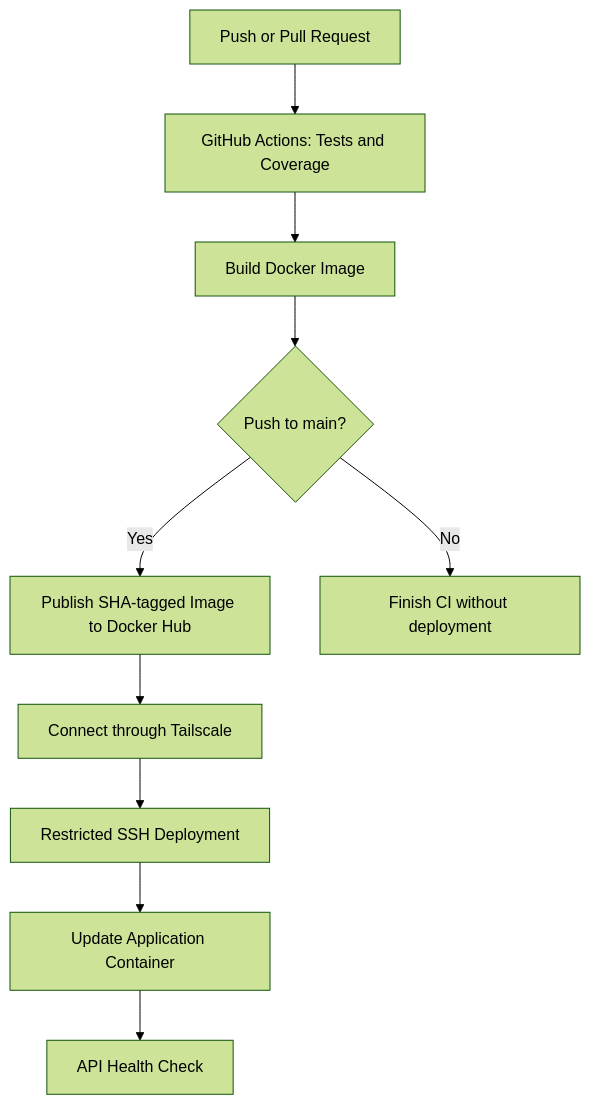
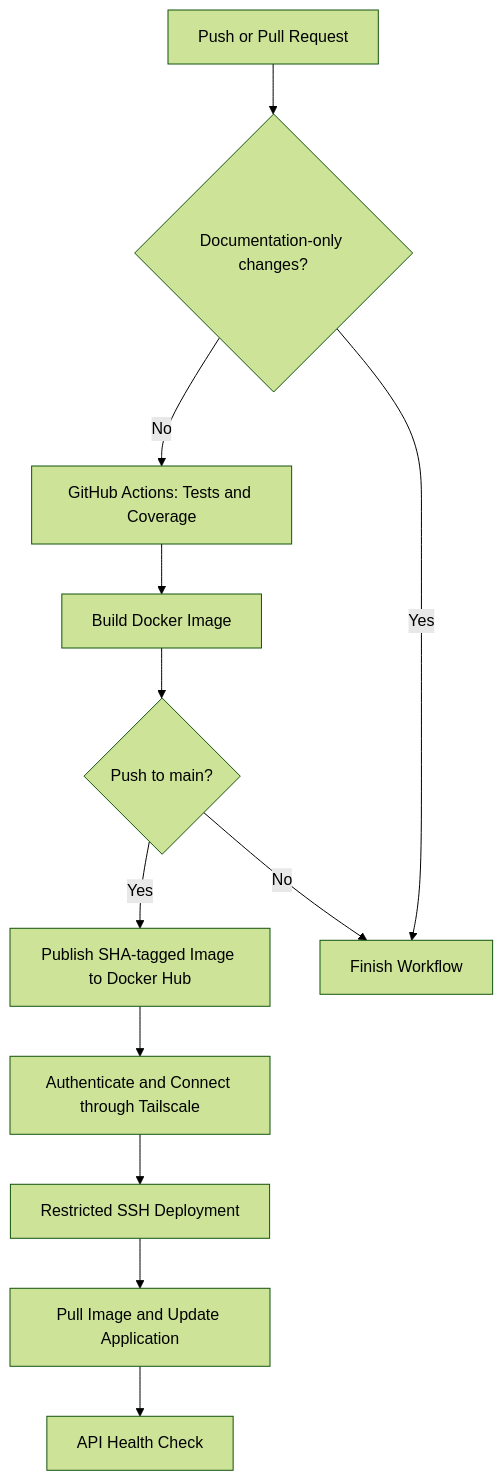
One commit to SufiyanKhanCloud/homelab-devops-labs changed the second of 2 diagrams in README.md. Above: the diagram before and after it, drawn with Mermaid (forest theme). The commit also changed other lines of this file, not shown here.

````diff
--- a/README.md
+++ b/README.md
@@ -52,22 +53,26 @@
 ```mermaid
 flowchart TD
     Event["Push or Pull Request"]
+    Filter{"Documentation-only changes?"}
     Tests["GitHub Actions: Tests and Coverage"]
     Build["Build Docker Image"]
     Decision{"Push to main?"}
     Publish["Publish SHA-tagged Image to Docker Hub"]
-    Tailscale["Connect through Tailscale"]
+    Tailscale["Authenticate and Connect through Tailscale"]
     SSH["Restricted SSH Deployment"]
-    Deploy["Update Application Container"]
+    Deploy["Pull Image and Update Application"]
     Health["API Health Check"]
+    End["Finish Workflow"]
 
-    Event --> Tests
+    Event --> Filter
+    Filter -->|Yes| End
+    Filter -->|No| Tests
     Tests --> Build
     Build --> Decision
     Decision -->|Yes| Publish
     Publish --> Tailscale
     Tailscale --> SSH
     SSH --> Deploy
     Deploy --> Health
-    Decision -->|No| End["Finish CI without deployment"]
+    Decision -->|No| End
 ```
````
